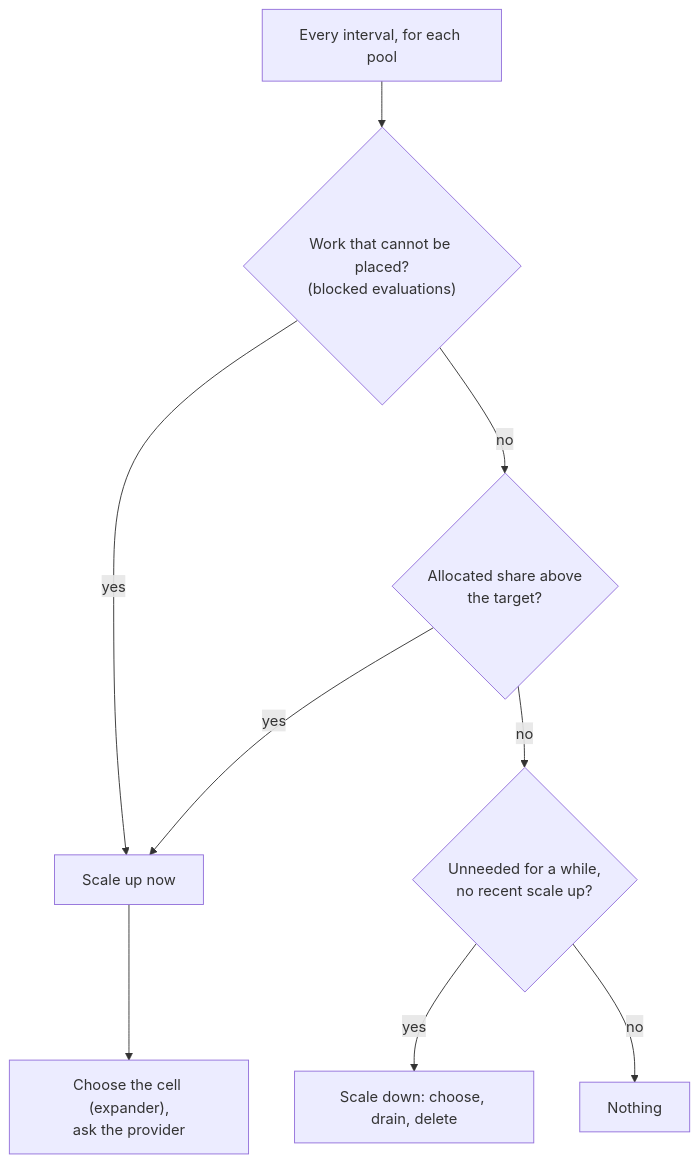
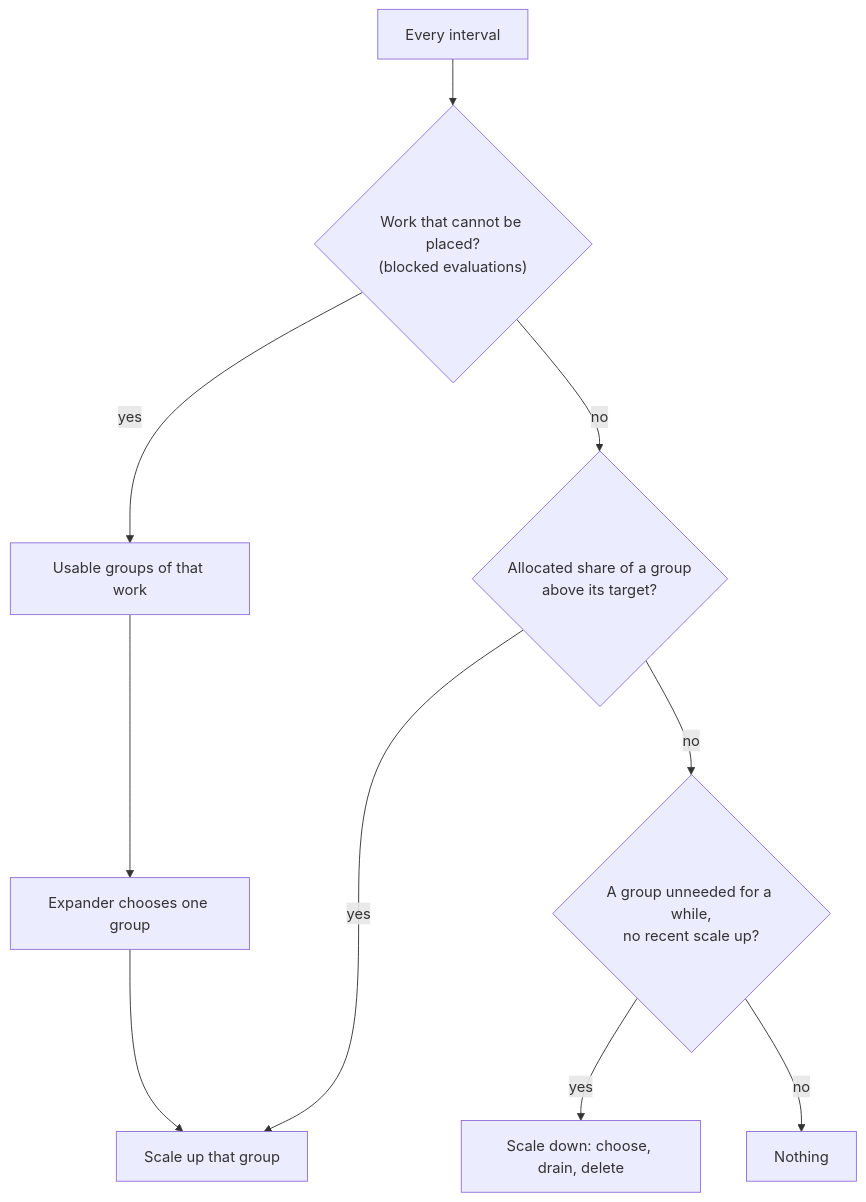
One commit to bacanoo-io/norca-doc changed the sixth of 10 diagrams in content/docs/design/cluster-scaling-plan.md. Above: the diagram before and after it, drawn with Mermaid. The commit also changed other lines of this file, not shown here.

Commit message:
Cluster scaling plan: node group as the region-local scaling unit, Traefik and mTLS example

````diff
--- a/content/docs/design/cluster-scaling-plan.md
+++ b/content/docs/design/cluster-scaling-plan.md
@@ -166,11 +240,12 @@
 ```mermaid
 flowchart TB
-  T["Every interval, for each pool"] --> B{"Work that cannot be placed?<br/>(blocked evaluations)"}
-  B -- "yes" --> U["Scale up now"]
-  B -- "no" --> A{"Allocated share above<br/>the target?"}
-  A -- "yes" --> U
-  A -- "no" --> D{"Unneeded for a while,<br/>no recent scale up?"}
+  T["Every interval"] --> B{"Work that cannot be placed?<br/>(blocked evaluations)"}
+  B -- "yes" --> UG["Usable groups of that work"]
+  UG --> X["Expander chooses one group"]
+  X --> UP["Scale up that group"]
+  B -- "no" --> A{"Allocated share of a group<br/>above its target?"}
+  A -- "yes" --> UP
+  A -- "no" --> D{"A group unneeded for a while,<br/>no recent scale up?"}
   D -- "yes" --> S["Scale down: choose, drain, delete"]
   D -- "no" --> N["Nothing"]
-  U --> C["Choose the cell (expander),<br/>ask the provider"]
 ```
````
